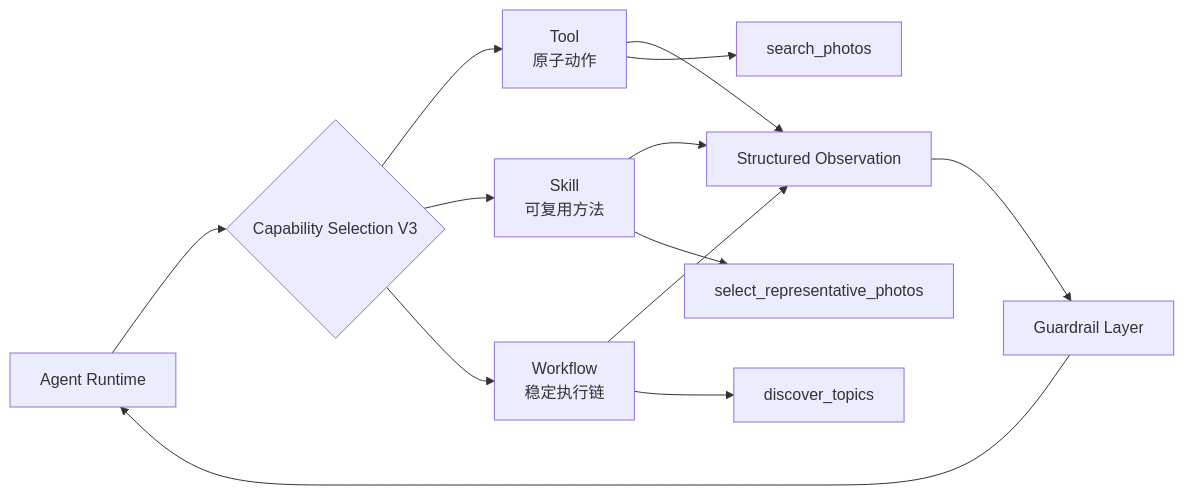
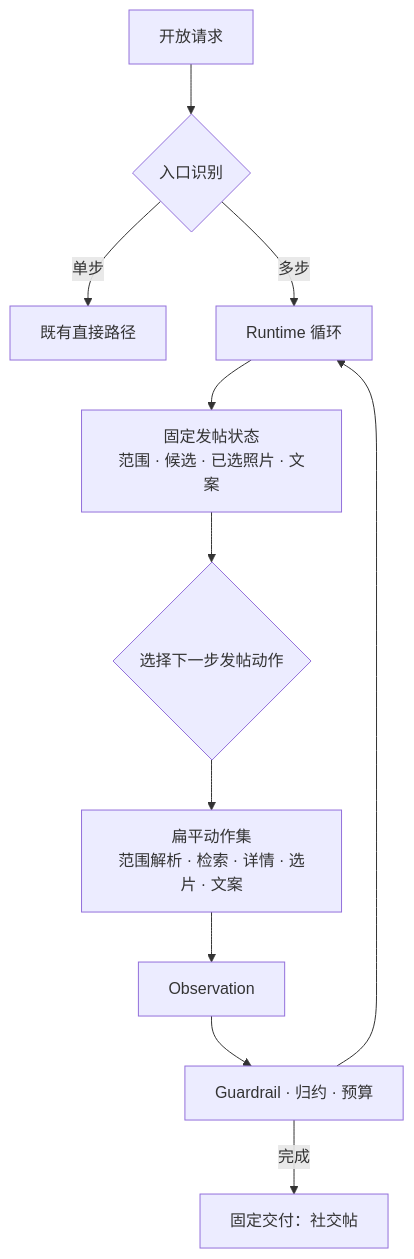
One commit to pancake-lee/photo-agent changed the first of 4 diagrams in docs/design/architecture/05-photo-agent-v3-capability-system.md. Above: the diagram before and after it, drawn with Mermaid. The commit also changed other lines of this file and 5 other files, not shown here.

````diff
--- a/docs/design/architecture/05-photo-agent-v3-capability-system.md
+++ b/docs/design/architecture/05-photo-agent-v3-capability-system.md
@@ -11,16 +13,13 @@
 ```mermaid
-flowchart LR
-    R[Agent Runtime] --> K{Capability Selection V3}
-    K --> T[Tool<br/>原子动作]
-    K --> S[Skill<br/>可复用方法]
-    K --> W[Workflow<br/>稳定执行链]
-    T --> O[Structured Observation]
-    S --> O
-    W --> O
-    O --> G[Guardrail Layer]
-    G --> R
-
-    T --> T1[search_photos]
-    S --> S1[select_representative_photos]
-    W --> W1[discover_topics]
+flowchart TD
+    Q[开放请求] --> R{入口识别}
+    R -->|单步| D[既有直接路径]
+    R -->|多步| G[Runtime 循环]
+    G --> S[固定发帖状态<br/>范围 · 候选 · 已选照片 · 文案]
+    S --> C{选择下一步发帖动作}
+    C --> A[扁平动作集<br/>范围解析 · 检索 · 详情 · 选片 · 文案]
+    A --> O[Observation]
+    O --> H[Guardrail · 归约 · 预算]
+    H --> G
+    H -->|完成| X[固定交付：社交帖]
 ```
````
